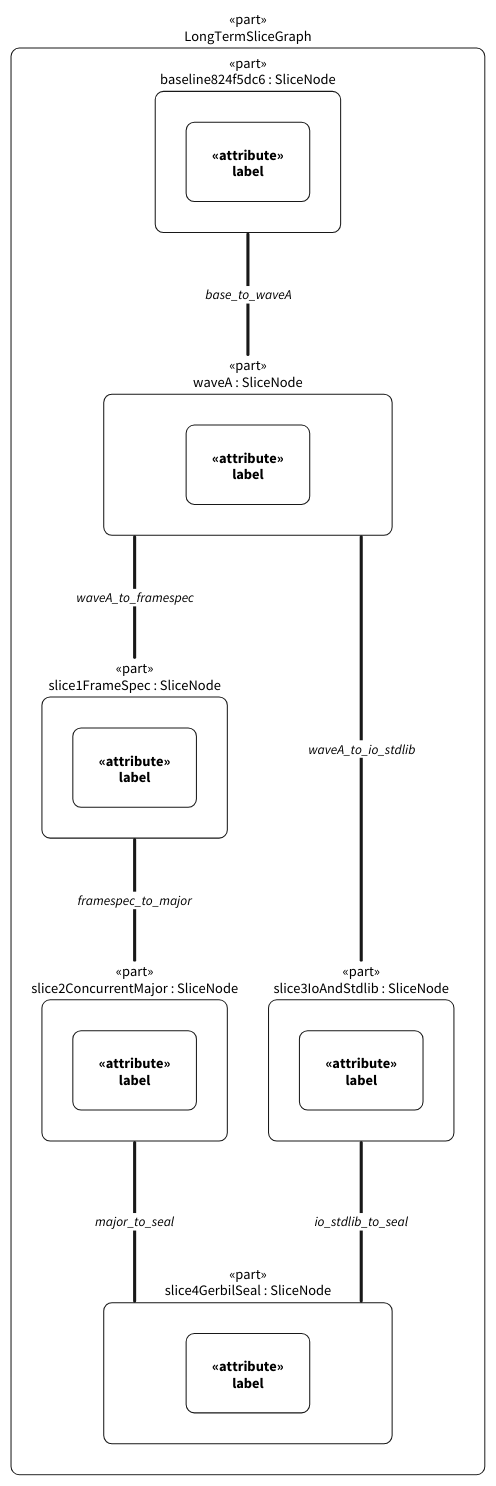
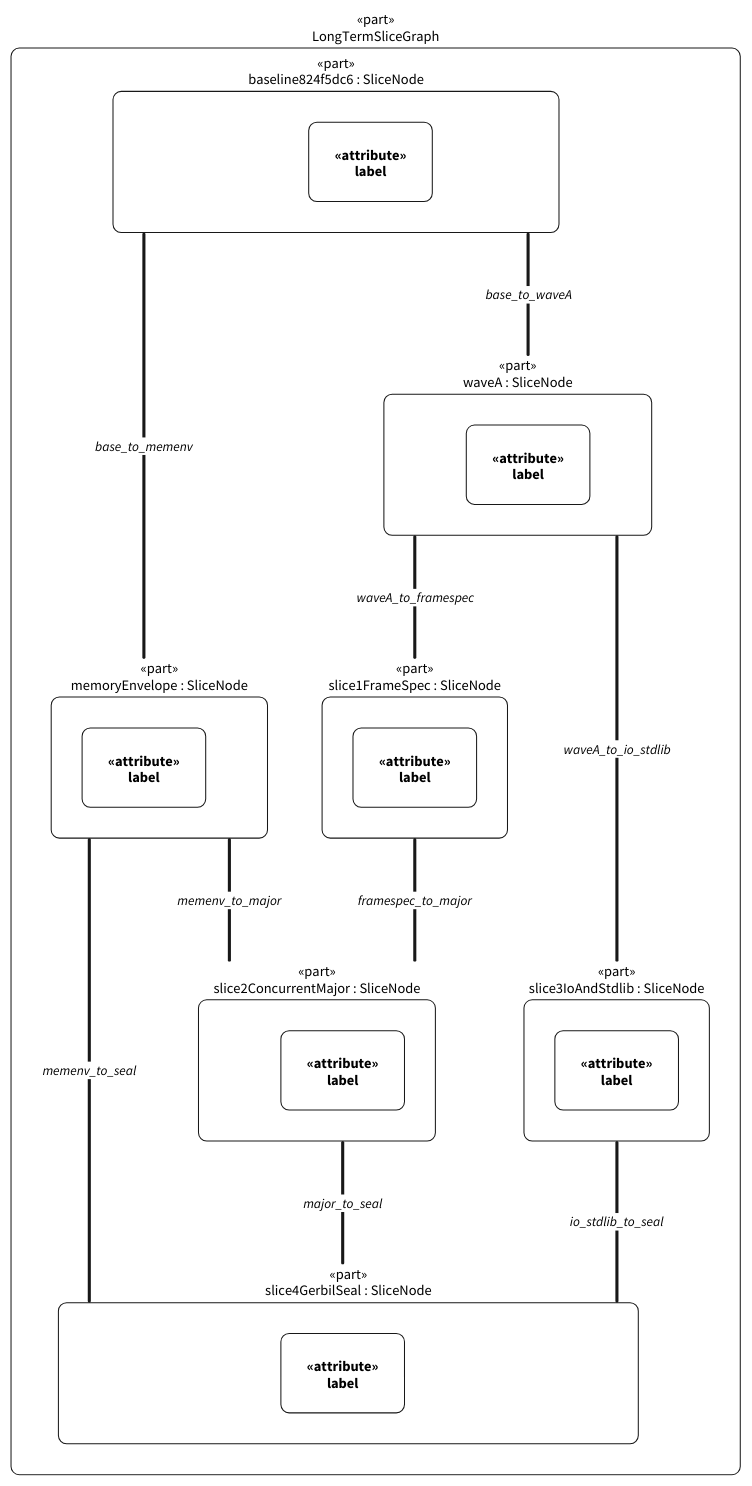
One commit to tao3k/gambit-SMP changed the diagram in dev/refactoring/modern-c/diagrams/longterm-unified-architecture.d2. Above: the diagram before and after it, drawn with D2. The commit also changed 197 other files, not shown here.

```diff
--- a/dev/refactoring/modern-c/diagrams/longterm-unified-architecture.d2
+++ b/dev/refactoring/modern-c/diagrams/longterm-unified-architecture.d2
@@ -1,38 +1,45 @@
 # interconnection rendering (no view declared; rendering GambitLongTermUnifiedArchitecture::LongTermSliceGraph directly)
 classes: {
   usage: { style: { fill: white; stroke: "#181818"; stroke-width: 1; font-color: black; font-size: 14; border-radius: 8 } }
   connection: { style: { stroke: "#181818"; font-size: 13; font-color: black; stroke-width: 3 } }
 }
 n0: "«part»\nLongTermSliceGraph" {
   class: usage
   n1: "«part»\nbaseline824f5dc6 : SliceNode" {
     class: usage
     n2: "«attribute»\nlabel" { class: usage }
   }
-  n3: "«part»\nwaveA : SliceNode" {
+  n3: "«part»\nmemoryEnvelope : SliceNode" {
     class: usage
     n4: "«attribute»\nlabel" { class: usage }
   }
-  n5: "«part»\nslice1FrameSpec : SliceNode" {
+  n5: "«part»\nwaveA : SliceNode" {
     class: usage
     n6: "«attribute»\nlabel" { class: usage }
   }
-  n7: "«part»\nslice2ConcurrentMajor : SliceNode" {
+  n7: "«part»\nslice1FrameSpec : SliceNode" {
     class: usage
     n8: "«attribute»\nlabel" { class: usage }
   }
-  n9: "«part»\nslice3IoAndStdlib : SliceNode" {
+  n9: "«part»\nslice2ConcurrentMajor : SliceNode" {
     class: usage
     n10: "«attribute»\nlabel" { class: usage }
   }
-  n11: "«part»\nslice4GerbilSeal : SliceNode" {
+  n11: "«part»\nslice3IoAndStdlib : SliceNode" {
     class: usage
     n12: "«attribute»\nlabel" { class: usage }
   }
+  n13: "«part»\nslice4GerbilSeal : SliceNode" {
+    class: usage
+    n14: "«attribute»\nlabel" { class: usage }
+  }
 }
-n0.n1 -- n0.n3: "base_to_waveA" { class: connection }
-n0.n3 -- n0.n5: "waveA_to_framespec" { class: connection }
-n0.n5 -- n0.n7: "framespec_to_major" { class: connection }
-n0.n3 -- n0.n9: "waveA_to_io_stdlib" { class: connection }
-n0.n7 -- n0.n11: "major_to_seal" { class: connection }
-n0.n9 -- n0.n11: "io_stdlib_to_seal" { class: connection }
+n0.n1 -- n0.n5: "base_to_waveA" { class: connection }
+n0.n1 -- n0.n3: "base_to_memenv" { class: connection }
+n0.n3 -- n0.n9: "memenv_to_major" { class: connection }
+n0.n3 -- n0.n13: "memenv_to_seal" { class: connection }
+n0.n5 -- n0.n7: "waveA_to_framespec" { class: connection }
+n0.n7 -- n0.n9: "framespec_to_major" { class: connection }
+n0.n5 -- n0.n11: "waveA_to_io_stdlib" { class: connection }
+n0.n9 -- n0.n13: "major_to_seal" { class: connection }
+n0.n11 -- n0.n13: "io_stdlib_to_seal" { class: connection }
```
